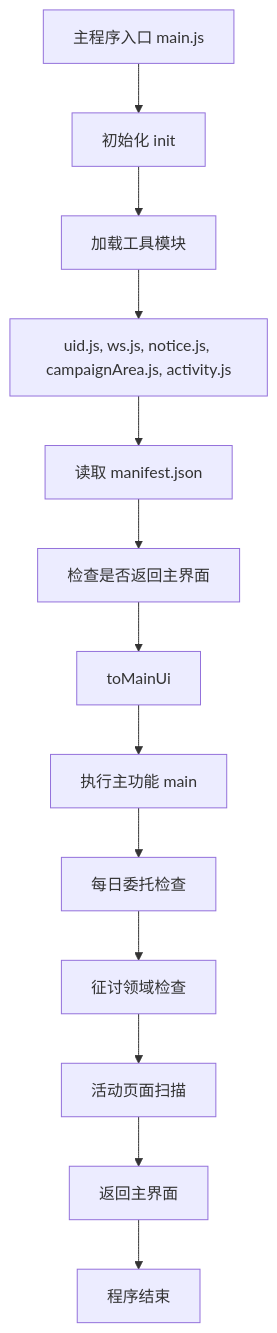
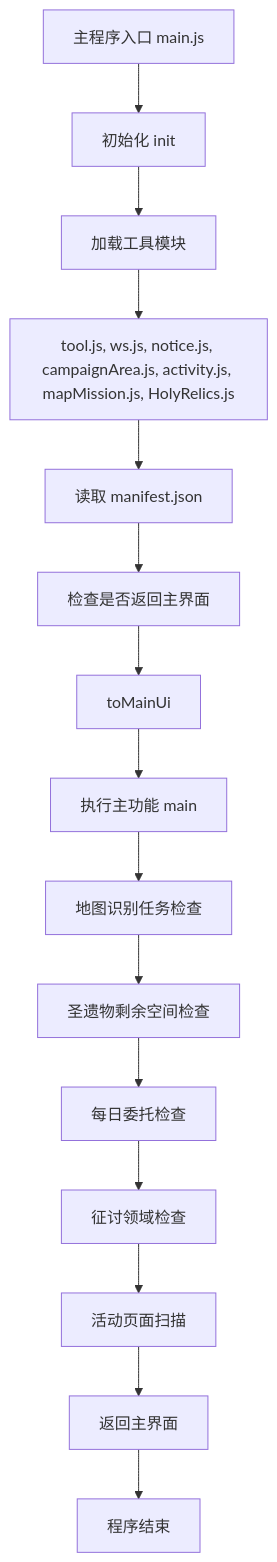
One commit to babalae/bettergi-scripts-list changed the first of 7 diagrams in repo/js/ActivitySwitchNotice/README.md. Above: the diagram before and after it, drawn with Mermaid. The commit also changed other lines of this file and 8 other files, not shown here.

````diff
--- a/repo/js/ActivitySwitchNotice/README.md
+++ b/repo/js/ActivitySwitchNotice/README.md
@@ -25,16 +29,18 @@
 ```mermaid
 graph TD
     A[主程序入口 main.js] --> B[初始化 init]
     B --> C[加载工具模块]
-    C --> D[uid.js, ws.js, notice.js, campaignArea.js, activity.js]
+    C --> D[tool.js, ws.js, notice.js, campaignArea.js, activity.js, mapMission.js, HolyRelics.js]
     D --> E[读取 manifest.json]
     E --> F[检查是否返回主界面]
     F --> G[toMainUi]
     G --> H[执行主功能 main]
-    H --> I[每日委托检查]
-    I --> J[征讨领域检查]
-    J --> K[活动页面扫描]
-    K --> L[返回主界面]
-    L --> M[程序结束]
+    H --> I[地图识别任务检查]
+    I --> J[圣遗物剩余空间检查]
+    J --> K[每日委托检查]
+    K --> L[征讨领域检查]
+    L --> M[活动页面扫描]
+    M --> N[返回主界面]
+    N --> O[程序结束]
 
 ```
````
